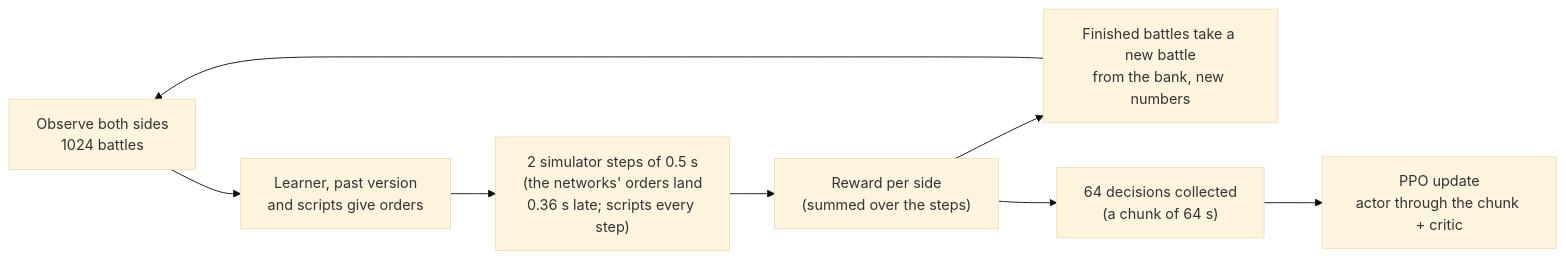
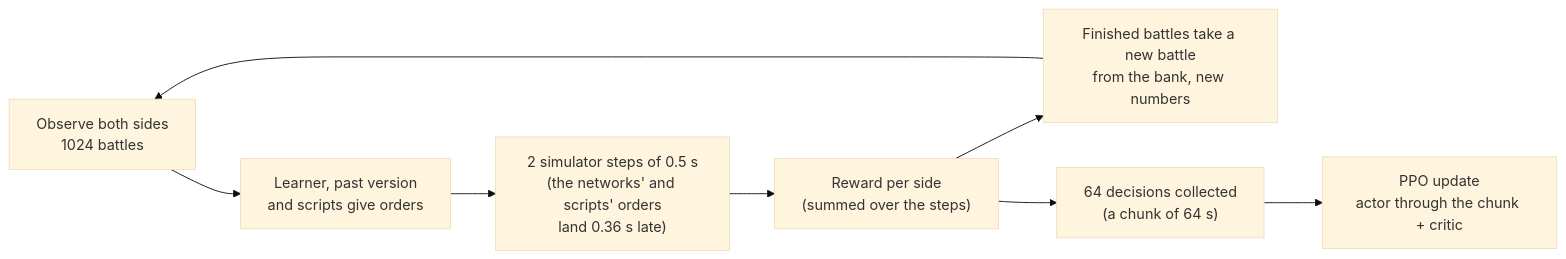
One commit to DimaZero7/TWW3-batle-ai changed the diagram in docs/en/training/training.md. Above: the diagram before and after it, drawn with Mermaid (base theme). The commit also changed other lines of this file and 18 other files, not shown here.

````diff
--- a/docs/en/training/training.md
+++ b/docs/en/training/training.md
@@ -147,10 +147,10 @@
 ```mermaid
 flowchart LR
   obs["Observe both sides<br/>1024 battles"] --> act["Learner, past version<br/>and scripts give orders"]
-  act --> step["2 simulator steps of 0.5 s<br/>(the networks' orders land<br/>0.36 s late; scripts every step)"]
+  act --> step["2 simulator steps of 0.5 s<br/>(the networks' and scripts' orders<br/>land 0.36 s late)"]
   step --> rew["Reward per side<br/>(summed over the steps)"]
   rew --> reset["Finished battles take a new battle<br/>from the bank, new numbers"]
   reset --> obs
   rew --> buf["64 decisions collected<br/>(a chunk of 64 s)"]
   buf --> ppo["PPO update<br/>actor through the chunk + critic"]
 ```
````
